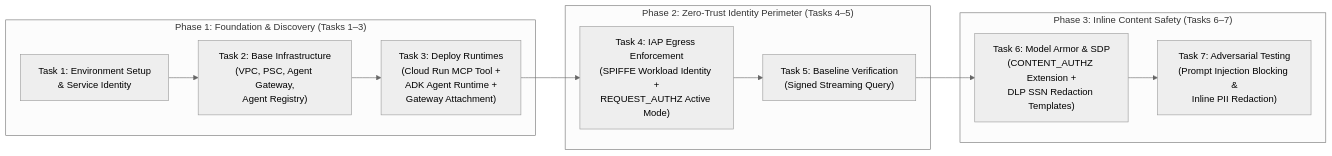
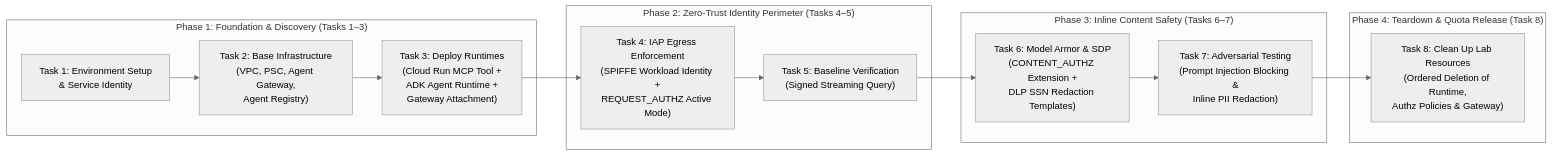
One commit to kesava-ram-byte/-FDE-Secure-AI-Agents-Zero-Trust-Perimeters-and-Inline-Governance changed the first of 2 diagrams in README.md. Above: the diagram before and after it, drawn with Mermaid (neutral theme). The commit also changed other lines of this file, not shown here.

Commit message:
docs: Add Task 8 (Clean up lab resources) to README

````diff
--- a/README.md
+++ b/README.md
@@ -44,17 +45,21 @@
 ```mermaid
 flowchart LR
     subgraph Phase1["Phase 1: Foundation & Discovery (Tasks 1–3)"]
         T1["Task 1: Environment Setup\n& Service Identity"] --> T2["Task 2: Base Infrastructure\n(VPC, PSC, Agent Gateway,\nAgent Registry)"]
         T2 --> T3["Task 3: Deploy Runtimes\n(Cloud Run MCP Tool +\nADK Agent Runtime +\nGateway Attachment)"]
     end
 
     subgraph Phase2["Phase 2: Zero-Trust Identity Perimeter (Tasks 4–5)"]
         T3 --> T4["Task 4: IAP Egress Enforcement\n(SPIFFE Workload Identity +\nREQUEST_AUTHZ Active Mode)"]
         T4 --> T5["Task 5: Baseline Verification\n(Signed Streaming Query)"]
     end
 
     subgraph Phase3["Phase 3: Inline Content Safety (Tasks 6–7)"]
         T5 --> T6["Task 6: Model Armor & SDP\n(CONTENT_AUTHZ Extension +\nDLP SSN Redaction Templates)"]
         T6 --> T7["Task 7: Adversarial Testing\n(Prompt Injection Blocking &\nInline PII Redaction)"]
     end
+
+    subgraph Phase4["Phase 4: Teardown & Quota Release (Task 8)"]
+        T7 --> T8["Task 8: Clean Up Lab Resources\n(Ordered Deletion of Runtime,\nAuthz Policies & Gateway)"]
+    end
 ```
````
